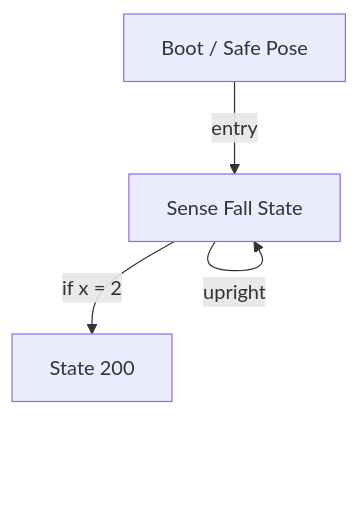
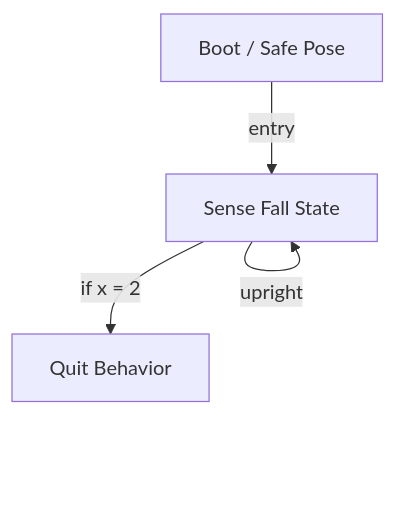
One commit to cartheur-aibo/aibo-lab changed the diagram in src/R-CODE/generated/BallQuit-v2.behavior.md. Above: the diagram before and after it, drawn with Mermaid. The commit also changed other lines of this file and 13 other files, not shown here.

````diff
--- a/src/R-CODE/generated/BallQuit-v2.behavior.md
+++ b/src/R-CODE/generated/BallQuit-v2.behavior.md
@@ -37,9 +37,9 @@
 ```mermaid
 flowchart TD
     S_INIT["Boot / Safe Pose"]
     S_100["Sense Fall State"]
-    S_200["State 200"]
+    S_200["Quit Behavior"]
     S_INIT -->|entry| S_100
     S_100 -->|if x = 2| S_200
     S_100 -->|upright| S_100
 ```
````
